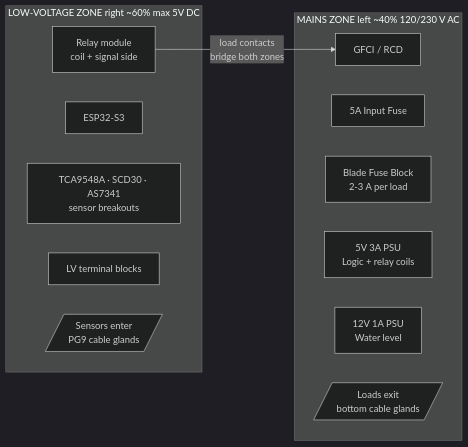
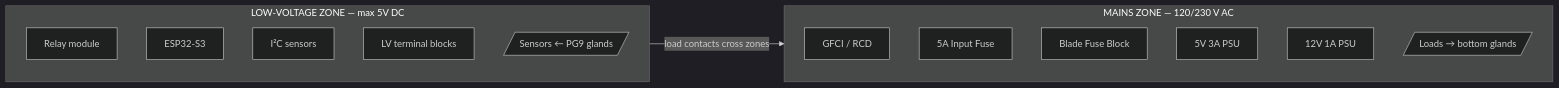
One commit to aes87/automated-martha-tek changed the first of 2 diagrams in controller-build-guide/chapters/02-enclosure-prep.md. Above: the diagram before and after it, drawn with Mermaid (dark theme).

Commit message:
Fix ch02 enclosure diagram: direction TB inside subgraphs, trim labels
Mermaid was overlapping text in the two-zone layout because graph LR
with long subgraph titles and multiline node labels runs out of space.

Fix: add `direction TB` inside each subgraph so components stack
vertically (two tall columns side-by-side). Trim node labels to names
only — the surrounding prose already carries the detail.

````diff
--- a/controller-build-guide/chapters/02-enclosure-prep.md
+++ b/controller-build-guide/chapters/02-enclosure-prep.md
@@ -23,27 +23,21 @@
 ```mermaid
 graph LR
-  subgraph MAINS["MAINS ZONE  left ~40%  120/230 V AC"]
+  subgraph MAINS["MAINS ZONE — 120/230 V AC"]
+    direction TB
     G["GFCI / RCD"]
     FH["5A Input Fuse"]
-    FB["Blade Fuse Block
-2-3 A per load"]
-    P5["5V 3A PSU
-Logic + relay coils"]
-    P12["12V 1A PSU
-Water level"]
-    LO[/"Loads exit
-bottom cable glands"/]
+    FB["Blade Fuse Block"]
+    P5["5V 3A PSU"]
+    P12["12V 1A PSU"]
+    LO[/"Loads → bottom glands"/]
   end
-  subgraph LV["LOW-VOLTAGE ZONE  right ~60%  max 5V DC"]
-    RL["Relay module
-coil + signal side"]
+  subgraph LV["LOW-VOLTAGE ZONE — max 5V DC"]
+    direction TB
+    RL["Relay module"]
     ESP["ESP32-S3"]
-    SEN["TCA9548A · SCD30 · AS7341
-sensor breakouts"]
+    SEN["I²C sensors"]
     TB["LV terminal blocks"]
-    SI[/"Sensors enter
-PG9 cable glands"/]
+    SI[/"Sensors ← PG9 glands"/]
   end
-  RL -->|"load contacts
-bridge both zones"| G
+  RL -- "load contacts cross zones" --> G
 ```
````
